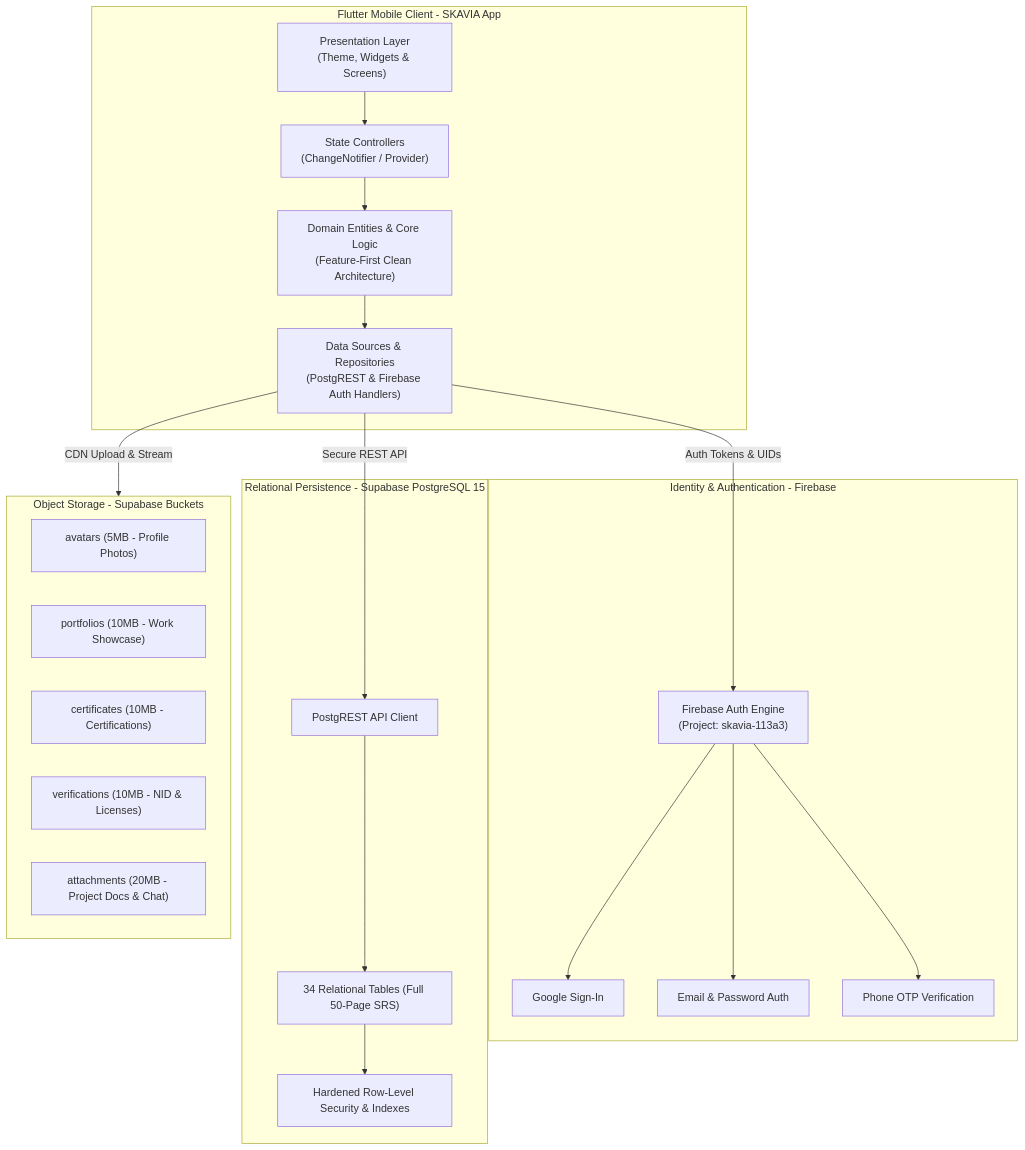
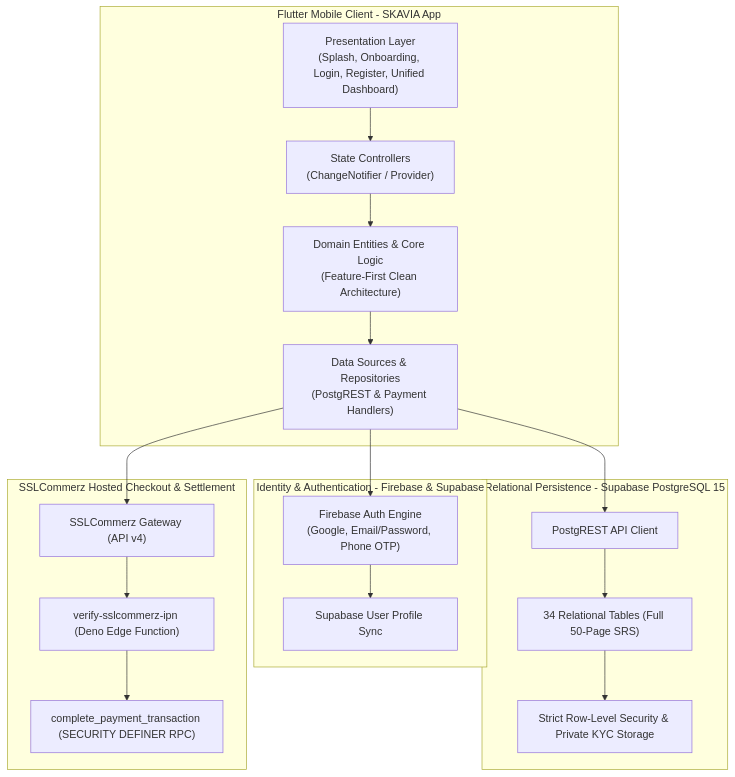
Before and after one commit to Ti838/SKAVIA: the diagram in README.md, drawn with Mermaid. The commit also changed other lines of this file and 5 other files, not shown here.

Commit message:
feat(security): enforce RLS policies, non-PII marketplace view, and payment settlement

````diff
--- a/README.md
+++ b/README.md
@@ -34,39 +35,34 @@
 ```mermaid
 flowchart TD
     subgraph ClientLayer [Flutter Mobile Client - SKAVIA App]
-        UI["Presentation Layer<br/>(Theme, Widgets & Screens)"]
+        UI["Presentation Layer<br/>(Splash, Onboarding, Login, Register, Unified Dashboard)"]
         Controller["State Controllers<br/>(ChangeNotifier / Provider)"]
         Domain["Domain Entities & Core Logic<br/>(Feature-First Clean Architecture)"]
-        DataSources["Data Sources & Repositories<br/>(PostgREST & Firebase Auth Handlers)"]
+        DataSources["Data Sources & Repositories<br/>(PostgREST & Payment Handlers)"]
         UI --> Controller --> Domain --> DataSources
     end
 
-    subgraph AuthLayer [Identity & Authentication - Firebase]
-        FAuth["Firebase Auth Engine<br/>(Project: skavia-113a3)"]
-        GoogleAuth["Google Sign-In"]
-        EmailAuth["Email & Password Auth"]
-        PhoneAuth["Phone OTP Verification"]
-        FAuth --> GoogleAuth
-        FAuth --> EmailAuth
-        FAuth --> PhoneAuth
+    subgraph AuthLayer [Identity & Authentication - Firebase & Supabase]
+        FAuth["Firebase Auth Engine<br/>(Google, Email/Password, Phone OTP)"]
+        SupaSync["Supabase User Profile Sync"]
+        FAuth --> SupaSync
     end
 
     subgraph DBLayer [Relational Persistence - Supabase PostgreSQL 15]
         SupaClient["PostgREST API Client"]
         Tables["34 Relational Tables (Full 50-Page SRS)"]
-        RLS["Hardened Row-Level Security & Indexes"]
+        RLS["Strict Row-Level Security & Private KYC Storage"]
         SupaClient --> Tables --> RLS
     end
 
-    subgraph StorageLayer [Object Storage - Supabase Buckets]
-        Avatars["avatars (5MB - Profile Photos)"]
-        Portfolios["portfolios (10MB - Work Showcase)"]
-        Certificates["certificates (10MB - Certifications)"]
-        Verifications["verifications (10MB - NID & Licenses)"]
-        Attachments["attachments (20MB - Project Docs & Chat)"]
+    subgraph PaymentLayer [SSLCommerz Hosted Checkout & Settlement]
+        SSLGateway["SSLCommerz Gateway (API v4)"]
+        EdgeFunction["verify-sslcommerz-ipn (Deno Edge Function)"]
+        Settlement["complete_payment_transaction (SECURITY DEFINER RPC)"]
+        SSLGateway --> EdgeFunction --> Settlement
     end
 
-    DataSources -->|Auth Tokens & UIDs| FAuth
-    DataSources -->|Secure REST API| SupaClient
-    DataSources -->|CDN Upload & Stream| StorageLayer
+    DataSources --> FAuth
+    DataSources --> SupaClient
+    DataSources --> SSLGateway
 ```
````
